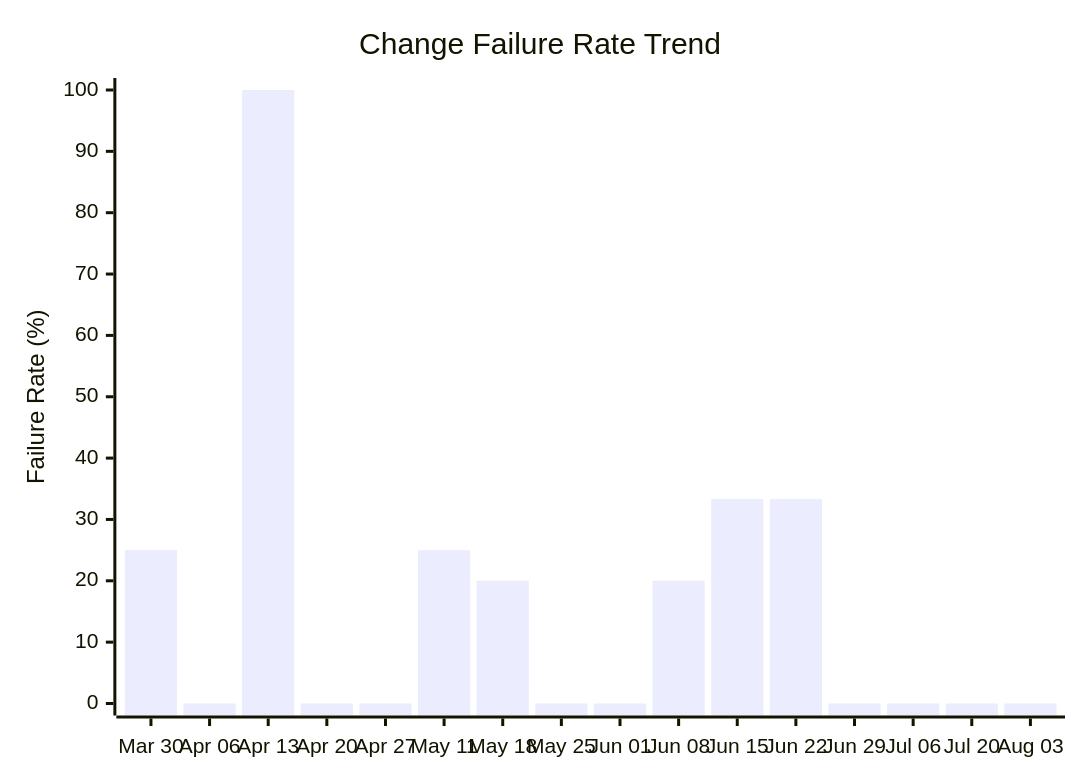
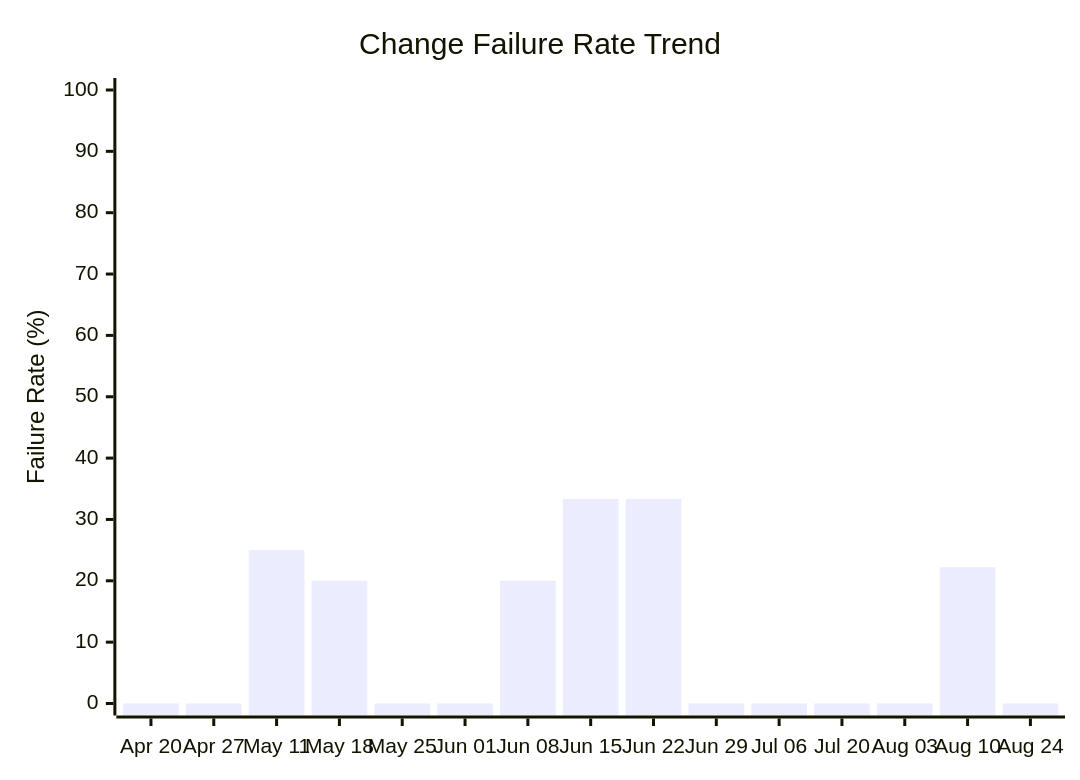
Before and after one commit to ukma-cs-ssdm-2025/rate-ukma: the fourth of 4 diagrams in docs/ci-cd/dora-summary.md, drawn with Mermaid. The commit also changed other lines of this file, not shown here.

````diff
--- a/docs/ci-cd/dora-summary.md
+++ b/docs/ci-cd/dora-summary.md
@@ -73,7 +73,7 @@
 ```mermaid
 xychart-beta
     title "Change Failure Rate Trend"
-    x-axis ["Mar 30", "Apr 06", "Apr 13", "Apr 20", "Apr 27", "May 11", "May 18", "May 25", "Jun 01", "Jun 08", "Jun 15", "Jun 22", "Jun 29", "Jul 06", "Jul 20", "Aug 03"]
+    x-axis ["Apr 20", "Apr 27", "May 11", "May 18", "May 25", "Jun 01", "Jun 08", "Jun 15", "Jun 22", "Jun 29", "Jul 06", "Jul 20", "Aug 03", "Aug 10", "Aug 24"]
     y-axis "Failure Rate (%)" 0 --> 100
-    bar [25.00, 0.00, 100.00, 0.00, 0.00, 25.00, 20.00, 0.00, 0.00, 20.00, 33.33, 33.33, 0.00, 0.00, 0.00, 0.00]
+    bar [0.00, 0.00, 25.00, 20.00, 0.00, 0.00, 20.00, 33.33, 33.33, 0.00, 0.00, 0.00, 0.00, 22.22, 0.00]
 ```
````
